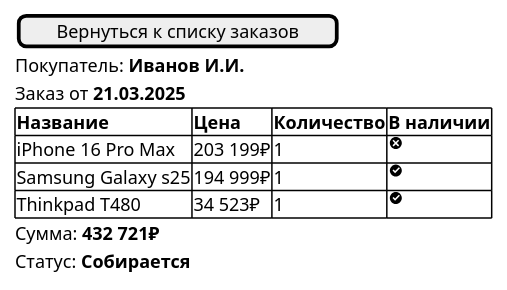
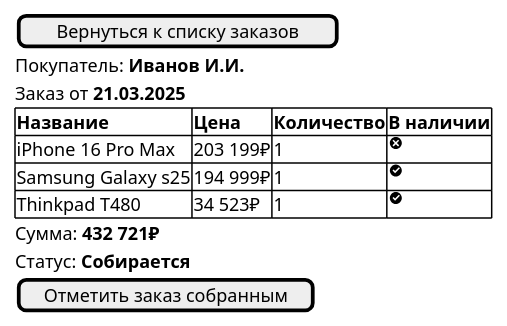
One commit to Efimish/university-4sem-pis-coursework changed the diagram in interface/manager_order.puml. Above: the diagram before and after it, drawn with PlantUML. The commit also changed 5 other files, not shown here.

```diff
--- a/interface/manager_order.puml
+++ b/interface/manager_order.puml
@@ -1,15 +1,16 @@
 @startsalt Заказ
 {
   [Вернуться к списку заказов]
   Покупатель: <b>Иванов И.И.
   Заказ от <b>21.03.2025
   {#
     <b>Название        | <b>Цена  | <b>Количество | <b>В наличии
     iPhone 16 Pro Max  | 203 199₽ | 1             | <&circle-x>
     Samsung Galaxy s25 | 194 999₽ | 1             | <&circle-check>
     Thinkpad T480      | 34 523₽  | 1             | <&circle-check>
   }
   Сумма: <b>432 721₽
   Статус: <b>Собирается
+  [Отметить заказ собранным]
 }
 @endsalt
```
